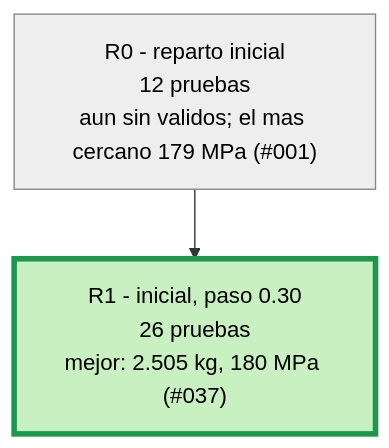
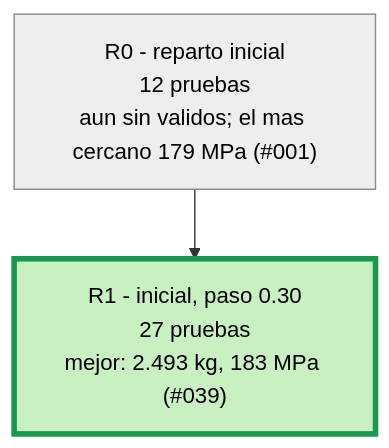
One commit to Hugiko/msd-soporte-optimizacion changed the second of 3 diagrams in runs/opt_37800N/ARBOL.md. Above: the diagram before and after it, drawn with Mermaid. The commit also changed 43 other files, not shown here.

Commit message:
NUEVO MEJOR DISENO: 2.493 kg, 183 MPa (Refuerzo + vaciado 039)

````diff
--- a/runs/opt_37800N/ARBOL.md
+++ b/runs/opt_37800N/ARBOL.md
@@ -21,9 +21,9 @@
 ```mermaid
 graph TD
 classDef activa fill:#d6eaff,stroke:#1f6fb5,color:#000
 classDef fin fill:#eeeeee,stroke:#888,color:#000
 classDef mejor fill:#c8f0c0,stroke:#1a9850,stroke-width:4px,color:#000
 R0["R0 - reparto inicial<br/>12 pruebas<br/>aun sin validos; el mas cercano 179 MPa (#001)"]:::fin
-R1["R1 - inicial, paso 0.30<br/>26 pruebas<br/>mejor: 2.505 kg, 180 MPa (#037)"]:::mejor
+R1["R1 - inicial, paso 0.30<br/>27 pruebas<br/>mejor: 2.493 kg, 183 MPa (#039)"]:::mejor
 R0 --> R1
 ```
````
